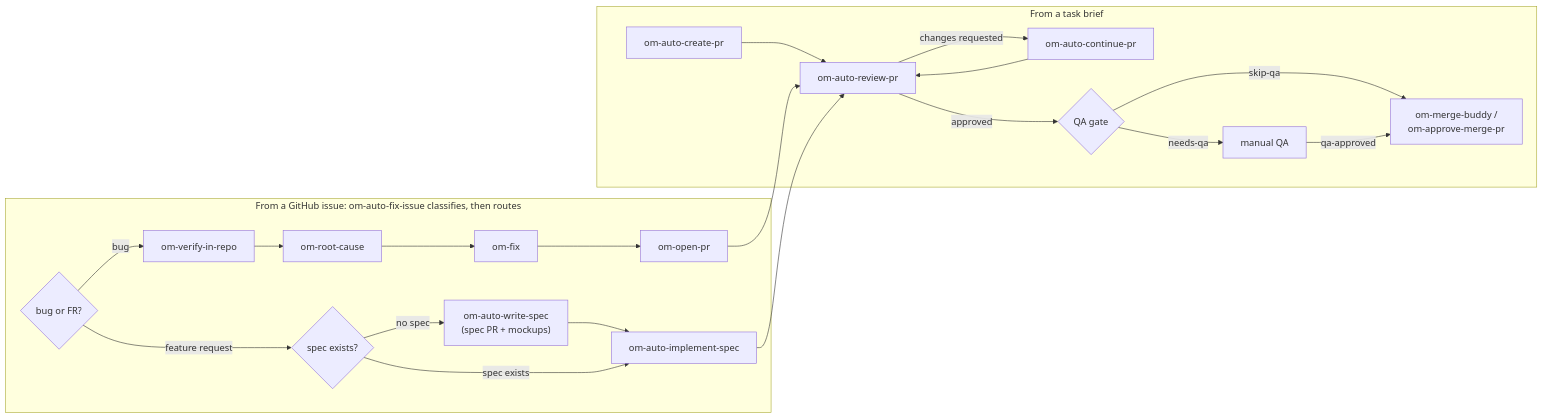
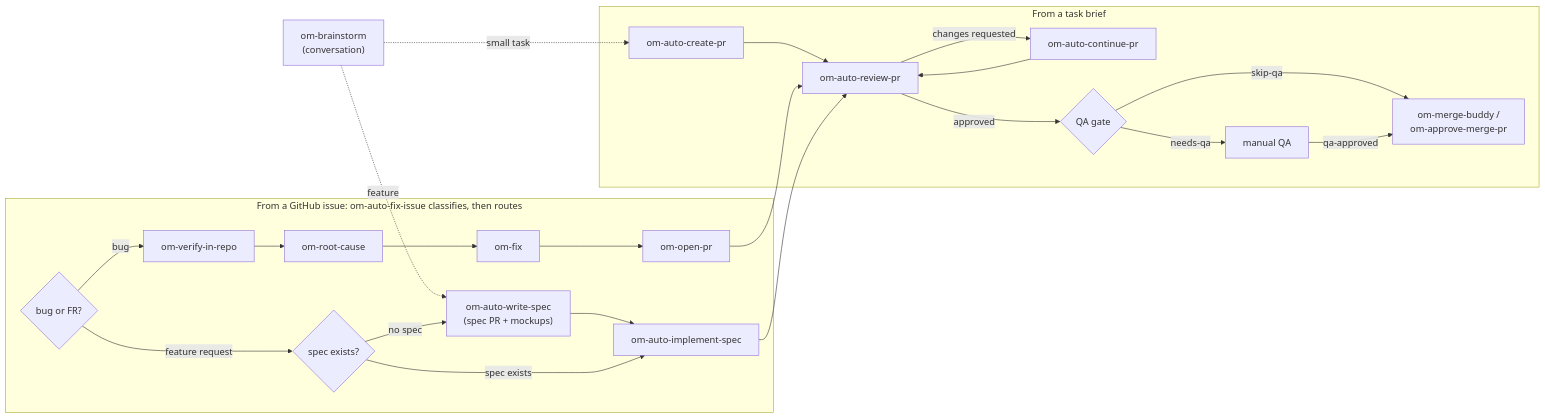
One commit to gropa-dev/om-skills changed the diagram in README.md. Above: the diagram before and after it, drawn with Mermaid. The commit also changed other lines of this file and 6 other files, not shown here.

````diff
--- a/README.md
+++ b/README.md
@@ -101,25 +101,27 @@
 ```mermaid
 flowchart LR
+    brainstorm["om-brainstorm<br/>(conversation)"] -. "small task" .-> createPR
+    brainstorm -. "feature" .-> writeSpec
     subgraph brief ["From a task brief"]
         createPR["om-auto-create-pr"] --> reviewPR["om-auto-review-pr"]
         reviewPR -- "changes requested" --> continuePR["om-auto-continue-pr"]
         continuePR --> reviewPR
         reviewPR -- "approved" --> qaGate{"QA gate"}
         qaGate -- "skip-qa" --> mergePR["om-merge-buddy /<br/>om-approve-merge-pr"]
         qaGate -- "needs-qa" --> manualQA["manual QA"]
         manualQA -- "qa-approved" --> mergePR
     end
     subgraph issue ["From a GitHub issue: om-auto-fix-issue classifies, then routes"]
         classify{"bug or FR?"}
         classify -- "bug" --> verifyStep["om-verify-in-repo"]
         verifyStep --> rootCause["om-root-cause"]
         rootCause --> applyFix["om-fix"]
         applyFix --> openPR["om-open-pr"]
         classify -- "feature request" --> specExists{"spec exists?"}
         specExists -- "no spec" --> writeSpec["om-auto-write-spec<br/>(spec PR + mockups)"]
         writeSpec --> implementSpec["om-auto-implement-spec"]
         specExists -- "spec exists" --> implementSpec
     end
     openPR --> reviewPR
     implementSpec --> reviewPR
 ```
````
